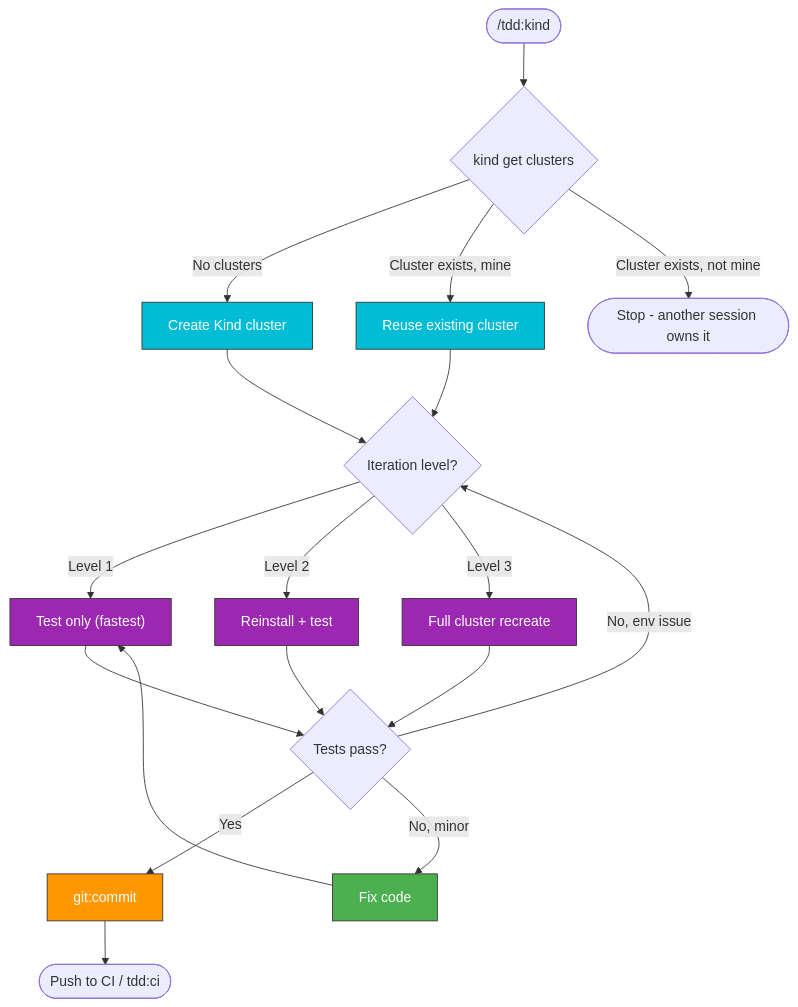
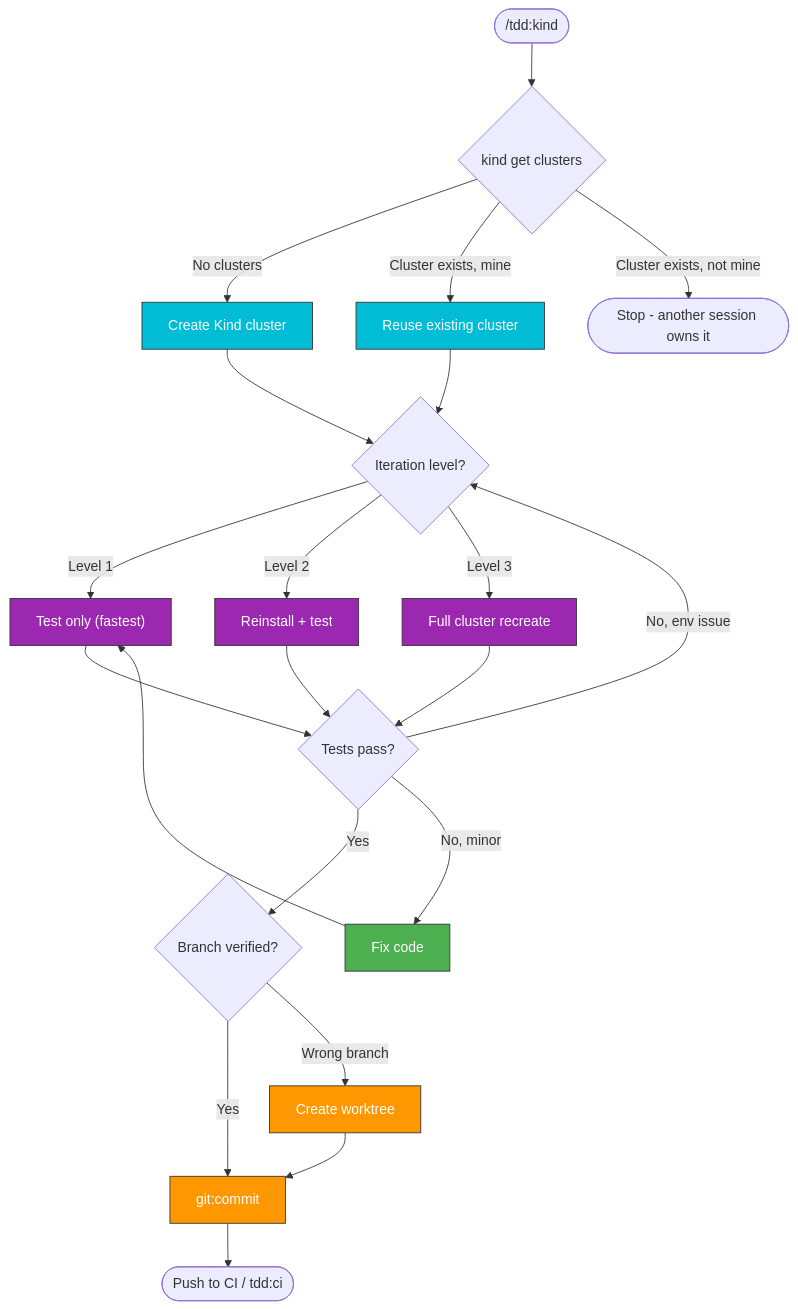
The diagram in .claude/skills/tdd:kind/SKILL.md (pdettori/kagenti), drawn with Mermaid before and after one commit. The commit also changed 3 other files, not shown here.

````diff
--- a/.claude/skills/tdd:kind/SKILL.md
+++ b/.claude/skills/tdd:kind/SKILL.md
@@ -36,34 +36,38 @@
 ```mermaid
 flowchart TD
     START(["/tdd:kind"]) --> GUARD{"kind get clusters"}
     GUARD -->|No clusters| CREATE["Create Kind cluster"]:::k8s
     GUARD -->|Cluster exists, mine| REUSE["Reuse existing cluster"]:::k8s
     GUARD -->|Cluster exists, not mine| STOP([Stop - another session owns it])
 
     CREATE --> ITER
     REUSE --> ITER
 
     ITER{"Iteration level?"}
     ITER -->|Level 1| L1["Test only (fastest)"]:::test
     ITER -->|Level 2| L2["Reinstall + test"]:::test
     ITER -->|Level 3| L3["Full cluster recreate"]:::test
 
     L1 --> CHECK{"Tests pass?"}
     L2 --> CHECK
     L3 --> CHECK
 
-    CHECK -->|Yes| COMMIT["git:commit"]:::git
+    CHECK -->|Yes| BRANCHCHECK{"Branch verified?"}
     CHECK -->|No, minor| FIX["Fix code"]:::tdd
     CHECK -->|No, env issue| ITER
+
+    BRANCHCHECK -->|Yes| COMMIT["git:commit"]:::git
+    BRANCHCHECK -->|Wrong branch| WORKTREE["Create worktree"]:::git
+    WORKTREE --> COMMIT
 
     FIX --> L1
     COMMIT --> DONE([Push to CI / tdd:ci])
 
     classDef tdd fill:#4CAF50,stroke:#333,color:white
     classDef rca fill:#FF5722,stroke:#333,color:white
     classDef git fill:#FF9800,stroke:#333,color:white
     classDef k8s fill:#00BCD4,stroke:#333,color:white
     classDef hypershift fill:#3F51B5,stroke:#333,color:white
     classDef ci fill:#2196F3,stroke:#333,color:white
     classDef test fill:#9C27B0,stroke:#333,color:white
 ```
````
